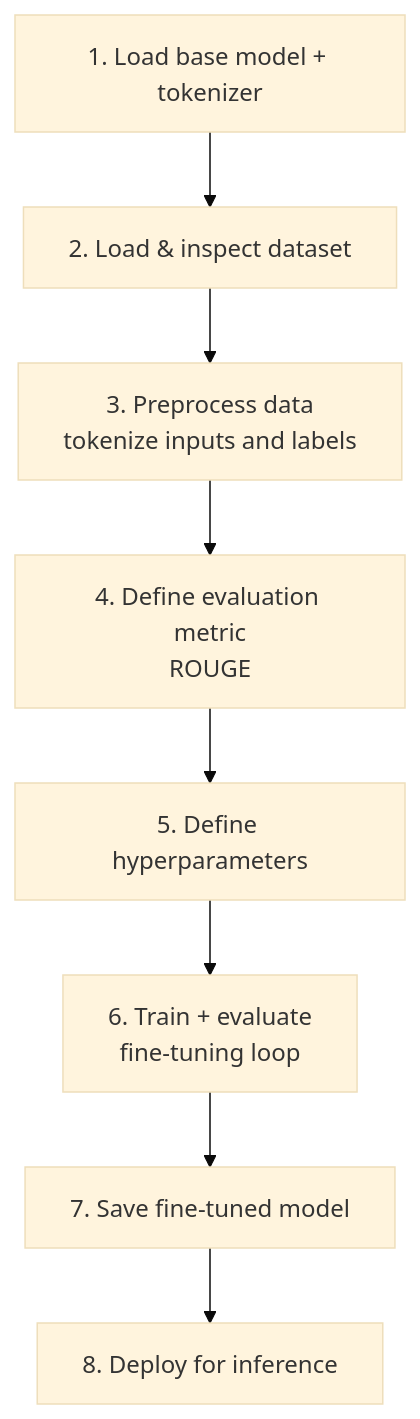
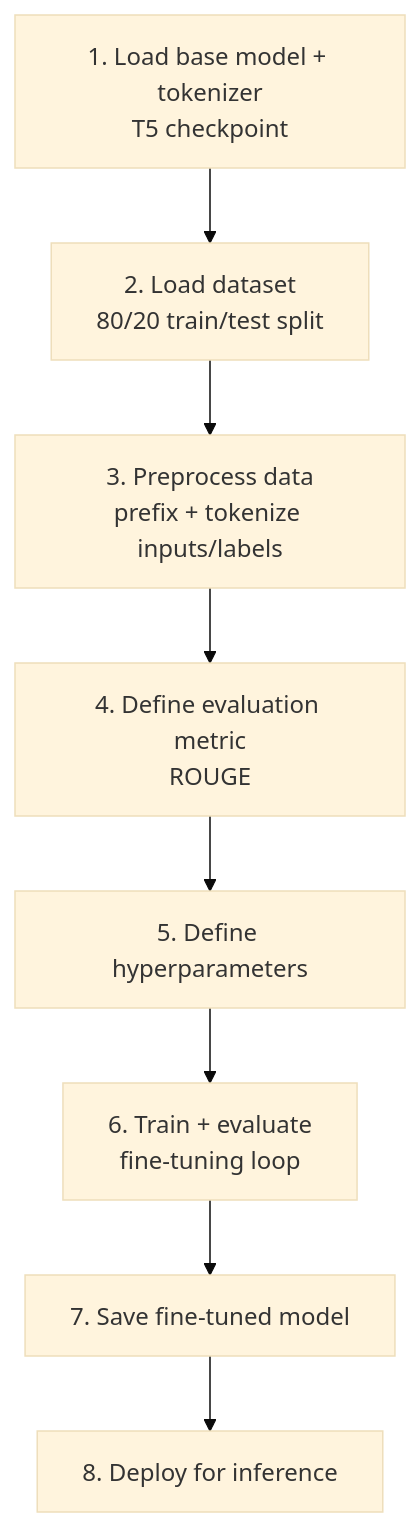
One commit to coderleonardo/ai-engineering-path changed the first of 5 diagrams in gen-ai-and-llms/09-legal-assistant-llm-finetuning/README.md. Above: the diagram before and after it, drawn with Mermaid (base theme). The commit also changed other lines of this file and 1 other file, not shown here.

````diff
--- a/gen-ai-and-llms/09-legal-assistant-llm-finetuning/README.md
+++ b/gen-ai-and-llms/09-legal-assistant-llm-finetuning/README.md
@@ -13,10 +21,10 @@
 ```mermaid
 flowchart TD
-    A["1. Load base model + tokenizer"] --> B["2. Load & inspect dataset"]
-    B --> C["3. Preprocess data<br/>tokenize inputs and labels"]
+    A["1. Load base model + tokenizer<br/>T5 checkpoint"] --> B["2. Load dataset<br/>80/20 train/test split"]
+    B --> C["3. Preprocess data<br/>prefix + tokenize inputs/labels"]
     C --> D["4. Define evaluation metric<br/>ROUGE"]
     D --> E["5. Define hyperparameters"]
     E --> F["6. Train + evaluate<br/>fine-tuning loop"]
     F --> G["7. Save fine-tuned model"]
     G --> H["8. Deploy for inference"]
 ```
````
